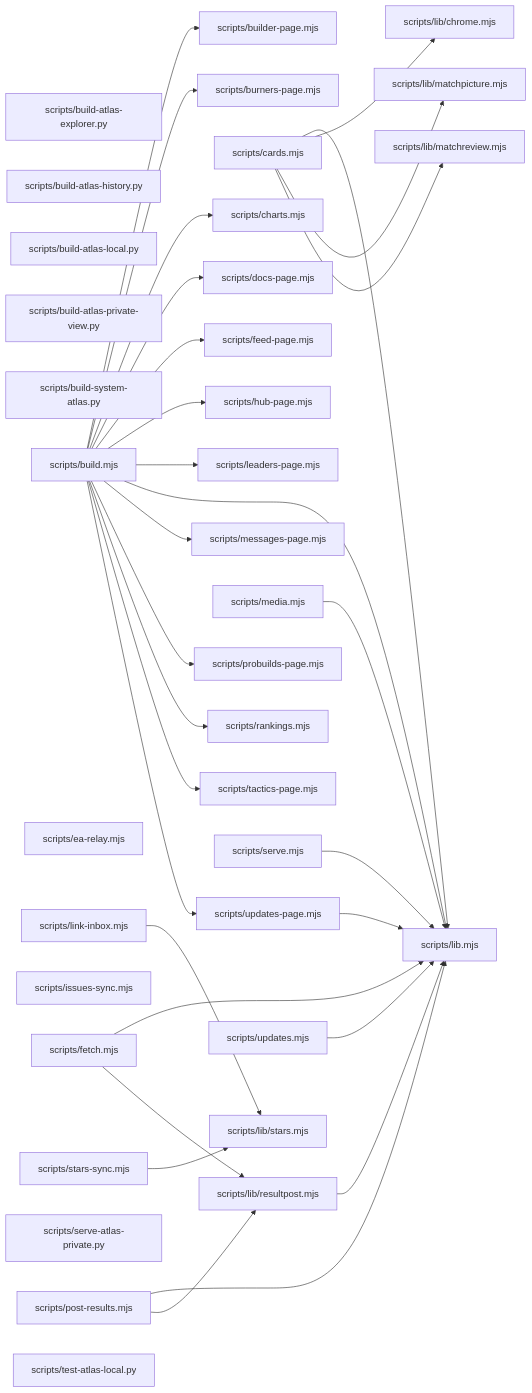
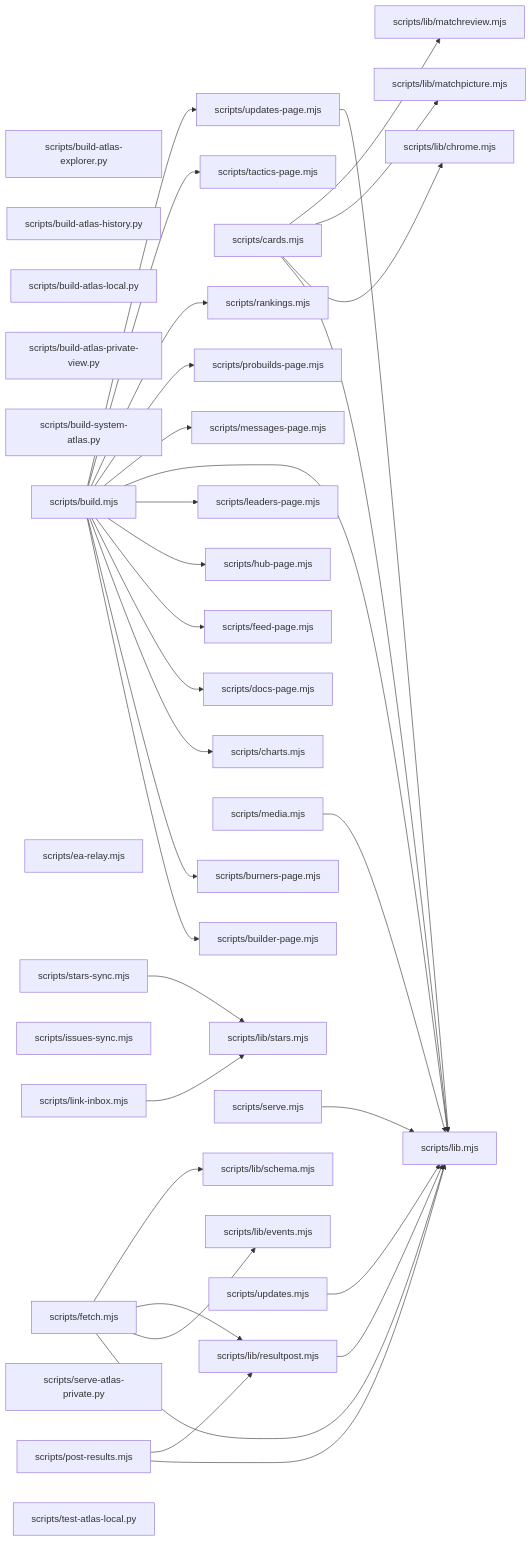
Before and after one commit to devroadtosucces15-boop/Norex-United-FC: the diagram in PLANNING/system-atlas/layer-scripts.md, drawn with Mermaid. The commit also changed 5 other files, not shown here.

````diff
--- a/PLANNING/system-atlas/layer-scripts.md
+++ b/PLANNING/system-atlas/layer-scripts.md
@@ -5,67 +5,71 @@
 ```mermaid
 flowchart LR
   n0["scripts/build-atlas-explorer.py"]
   n1["scripts/build-atlas-history.py"]
   n2["scripts/build-atlas-local.py"]
   n3["scripts/build-atlas-private-view.py"]
   n4["scripts/build-system-atlas.py"]
   n5["scripts/build.mjs"]
   n6["scripts/builder-page.mjs"]
   n7["scripts/burners-page.mjs"]
   n8["scripts/cards.mjs"]
   n9["scripts/charts.mjs"]
   n10["scripts/docs-page.mjs"]
   n11["scripts/ea-relay.mjs"]
   n12["scripts/feed-page.mjs"]
   n13["scripts/fetch.mjs"]
   n14["scripts/hub-page.mjs"]
   n15["scripts/issues-sync.mjs"]
   n16["scripts/leaders-page.mjs"]
   n17["scripts/lib.mjs"]
   n18["scripts/lib/chrome.mjs"]
-  n19["scripts/lib/matchpicture.mjs"]
-  n20["scripts/lib/matchreview.mjs"]
-  n21["scripts/lib/resultpost.mjs"]
-  n22["scripts/lib/stars.mjs"]
-  n23["scripts/link-inbox.mjs"]
-  n24["scripts/media.mjs"]
-  n25["scripts/messages-page.mjs"]
-  n26["scripts/post-results.mjs"]
-  n27["scripts/probuilds-page.mjs"]
-  n28["scripts/rankings.mjs"]
-  n29["scripts/serve-atlas-private.py"]
-  n30["scripts/serve.mjs"]
-  n31["scripts/stars-sync.mjs"]
-  n32["scripts/tactics-page.mjs"]
-  n33["scripts/test-atlas-local.py"]
-  n34["scripts/updates-page.mjs"]
-  n35["scripts/updates.mjs"]
+  n19["scripts/lib/events.mjs"]
+  n20["scripts/lib/matchpicture.mjs"]
+  n21["scripts/lib/matchreview.mjs"]
+  n22["scripts/lib/resultpost.mjs"]
+  n23["scripts/lib/schema.mjs"]
+  n24["scripts/lib/stars.mjs"]
+  n25["scripts/link-inbox.mjs"]
+  n26["scripts/media.mjs"]
+  n27["scripts/messages-page.mjs"]
+  n28["scripts/post-results.mjs"]
+  n29["scripts/probuilds-page.mjs"]
+  n30["scripts/rankings.mjs"]
+  n31["scripts/serve-atlas-private.py"]
+  n32["scripts/serve.mjs"]
+  n33["scripts/stars-sync.mjs"]
+  n34["scripts/tactics-page.mjs"]
+  n35["scripts/test-atlas-local.py"]
+  n36["scripts/updates-page.mjs"]
+  n37["scripts/updates.mjs"]
   n5 --> n6
   n5 --> n7
   n5 --> n9
   n5 --> n10
   n5 --> n12
   n5 --> n14
   n5 --> n16
   n5 --> n17
-  n5 --> n25
   n5 --> n27
-  n5 --> n28
-  n5 --> n32
+  n5 --> n29
+  n5 --> n30
   n5 --> n34
+  n5 --> n36
   n8 --> n17
   n8 --> n18
-  n8 --> n19
   n8 --> n20
+  n8 --> n21
   n13 --> n17
-  n13 --> n21
-  n21 --> n17
-  n23 --> n22
-  n24 --> n17
+  n13 --> n19
+  n13 --> n22
+  n13 --> n23
+  n22 --> n17
+  n25 --> n24
   n26 --> n17
-  n26 --> n21
-  n30 --> n17
-  n31 --> n22
-  n34 --> n17
-  n35 --> n17
+  n28 --> n17
+  n28 --> n22
+  n32 --> n17
+  n33 --> n24
+  n36 --> n17
+  n37 --> n17
 ```
````
